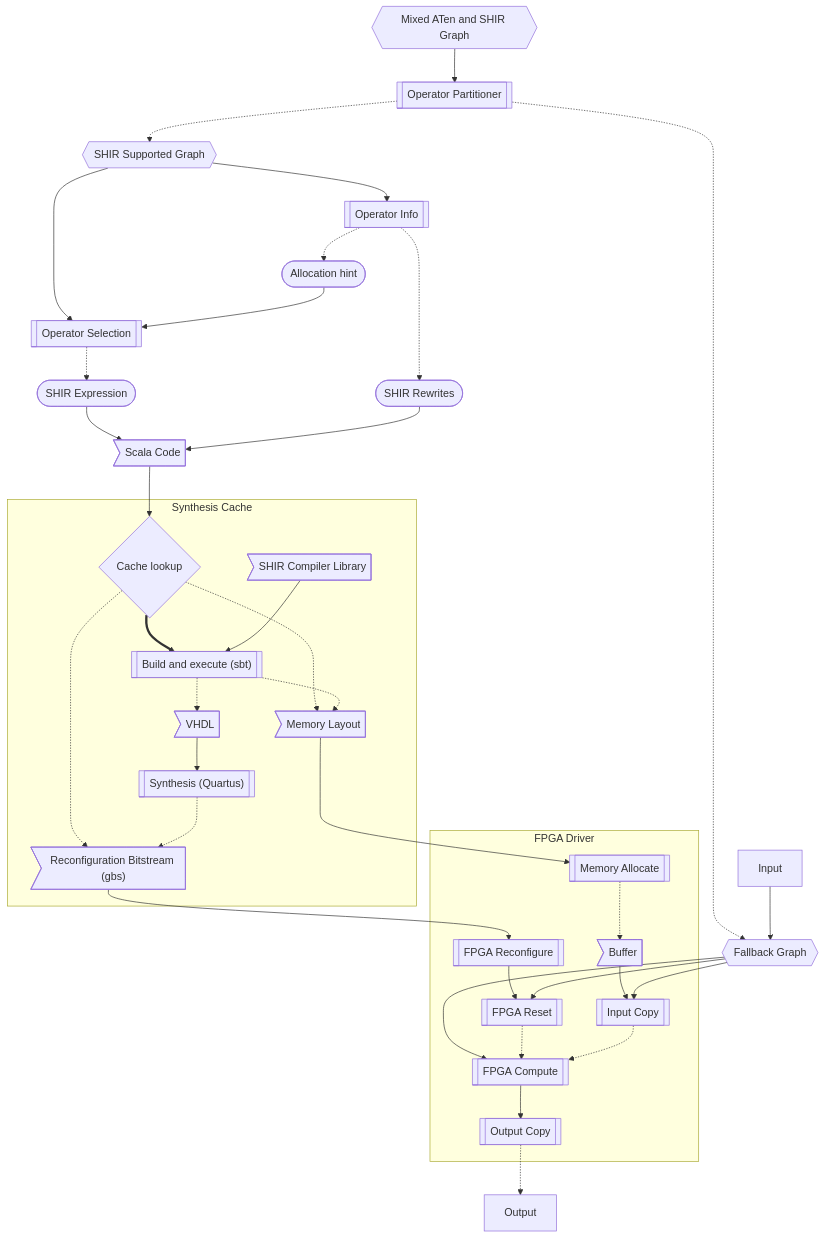
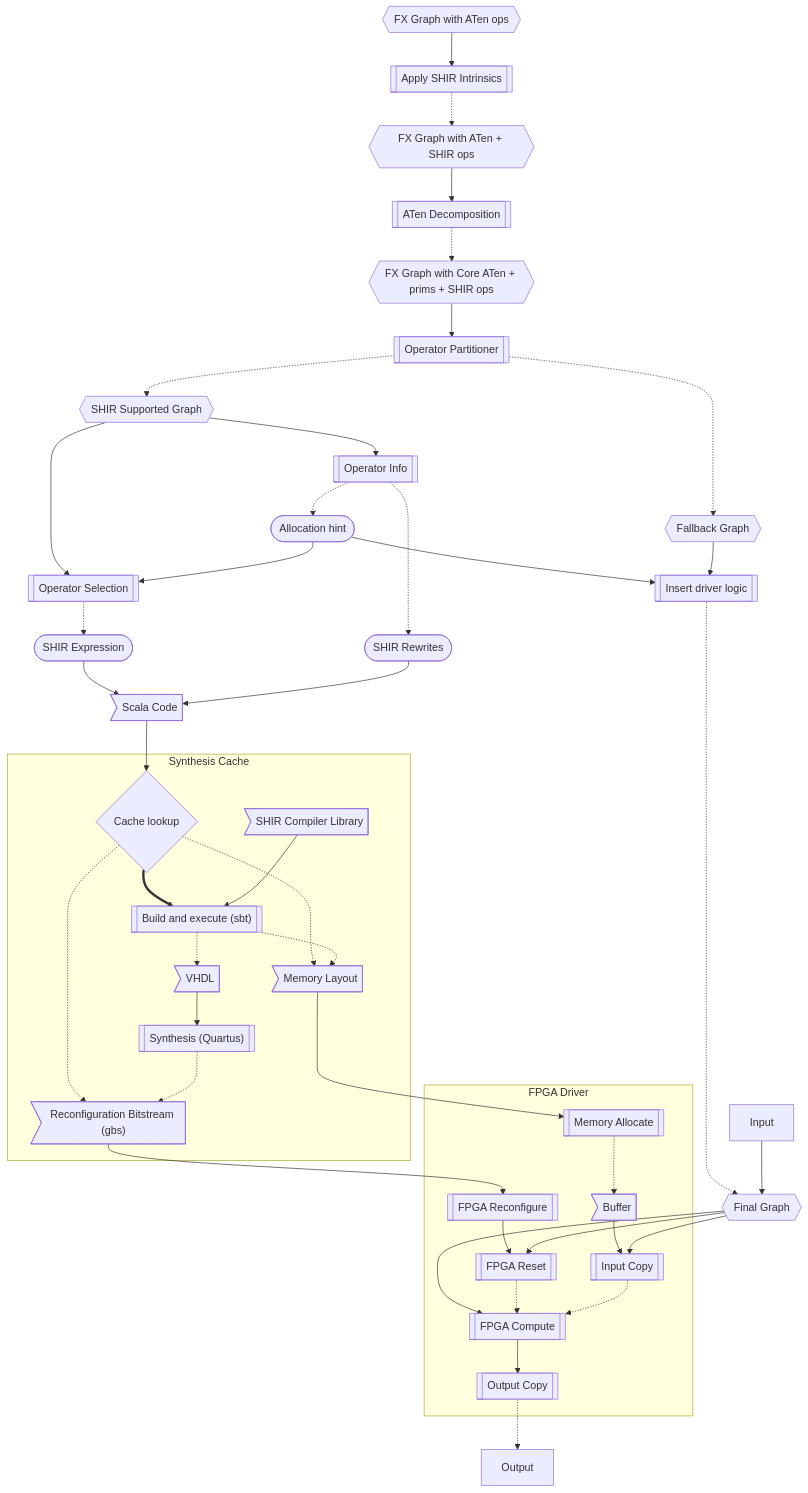
The diagram in diagrams/synthesis_flow.mermaid (plankp/pytorch-shir), drawn with Mermaid before and after one commit. The commit also changed other lines of this file and 2 other files, not shown here.

Commit message:
Update diagrams to better match the reality

```diff
--- a/diagrams/synthesis_flow.mermaid
+++ b/diagrams/synthesis_flow.mermaid
@@ -1,61 +1,74 @@
 flowchart
-    model{{Mixed ATen and SHIR Graph}}
+    model{{FX Graph with ATen ops}}
+    early_rewrite[[Apply SHIR Intrinsics]]
+    mixed_model{{FX Graph with ATen + SHIR ops}}
+    aten_decomp[[ATen Decomposition]]
+    decomp_model{{FX Graph with Core ATen + prims + SHIR ops}}
     partitioner[[Operator Partitioner]]
     outer_graph{{Fallback Graph}}
+    final_graph{{Final Graph}}
     inner_graph{{SHIR Supported Graph}}
     opt_info[[Operator Info]]
     isel[[Operator Selection]]
     alloc_hint([Allocation hint])
     enabled_passes([SHIR Rewrites])
     lowered_ops([SHIR Expression])
+    apply_outer[[Insert driver logic]]
     compilation_unit>Scala Code]
     subgraph "Synthesis Cache"
         shir_lib>SHIR Compiler Library]
         check_cache{Cache lookup}
         sbt[["Build and execute (sbt)"]]
         vhdl>VHDL]
         quartus[["Synthesis (Quartus)"]]
         gbs>"Reconfiguration Bitstream (gbs)"]
         mem_layout>Memory Layout]
 
         check_cache ==> sbt
         check_cache -.-> mem_layout & gbs
     end
     subgraph "FPGA Driver"
         host_mem_alloc[[Memory Allocate]]
         host_mem>Buffer]
         host_mem_incopy[[Input Copy]]
         host_mem_outcopy[[Output Copy]]
         fpga_reconf[[FPGA Reconfigure]]
         fpga_reset[[FPGA Reset]]
         fpga_compute[[FPGA Compute]]
     end
 
-    model --> partitioner
+    model --> early_rewrite
+    early_rewrite -.-> mixed_model
+    mixed_model --> aten_decomp
+    aten_decomp -.-> decomp_model
+    decomp_model --> partitioner
     partitioner -.-> inner_graph
     partitioner -.-> outer_graph
     inner_graph --> isel
     inner_graph --> opt_info
     opt_info -.-> enabled_passes
     opt_info -.-> alloc_hint
     alloc_hint --> isel
     isel -.-> lowered_ops
     lowered_ops --> compilation_unit
     enabled_passes --> compilation_unit
     shir_lib --> sbt
     sbt -.-> mem_layout
     sbt -.-> vhdl
     vhdl --> quartus
     quartus -.-> gbs
     compilation_unit --> check_cache
     mem_layout --> host_mem_alloc
     host_mem_alloc -.-> host_mem
     gbs --> fpga_reconf
     fpga_reconf --> fpga_reset
-    Input --> outer_graph
-    outer_graph --> fpga_reset & fpga_compute
+    alloc_hint --> apply_outer
+    outer_graph --> apply_outer
+    apply_outer -.-> final_graph
+    Input --> final_graph
+    final_graph --> fpga_reset & fpga_compute
     fpga_reset -.-> fpga_compute
     host_mem --> host_mem_incopy
-    outer_graph --> host_mem_incopy
+    final_graph --> host_mem_incopy
     host_mem_incopy -.-> fpga_compute
     fpga_compute --> host_mem_outcopy -.-> Output
```
